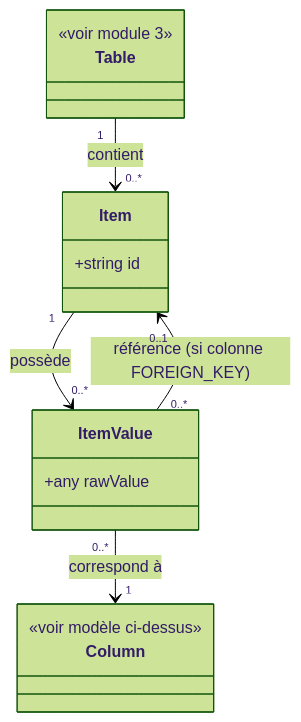
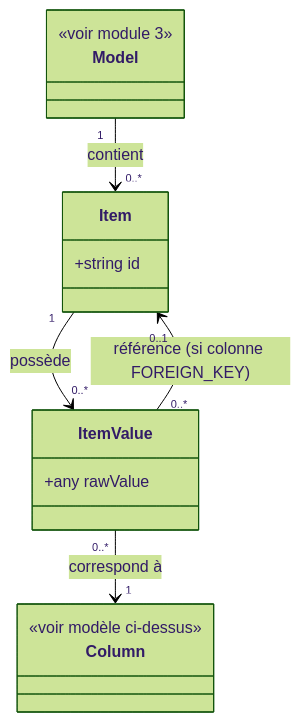
One commit to quatrebarbes/modelbase changed the second of 2 diagrams in docs/sfd/4. Items.md. Above: the diagram before and after it, drawn with Mermaid (forest theme). The commit also changed other lines of this file and 5 other files, not shown here.

Commit message:
Fonctionnel : ajustement SFD & roadmap

````diff
--- a/docs/sfd/4. Items.md
+++ b/docs/sfd/4. Items.md
@@ -38,23 +38,23 @@
 ```mermaid
 classDiagram
-    class Table {
+    class Model {
         <<voir module 3>>
     }
 
     class Item {
         +string id
     }
 
     class Column {
         <<voir modèle ci-dessus>>
     }
 
     class ItemValue {
         +any rawValue
     }
 
-    Table "1" --> "0..*" Item : contient
+    Model "1" --> "0..*" Item : contient
     Item "1" --> "0..*" ItemValue : possède
     ItemValue "0..*" --> "1" Column : correspond à
     ItemValue "0..*" --> "0..1" Item : référence (si colonne FOREIGN_KEY)
 ```
````
